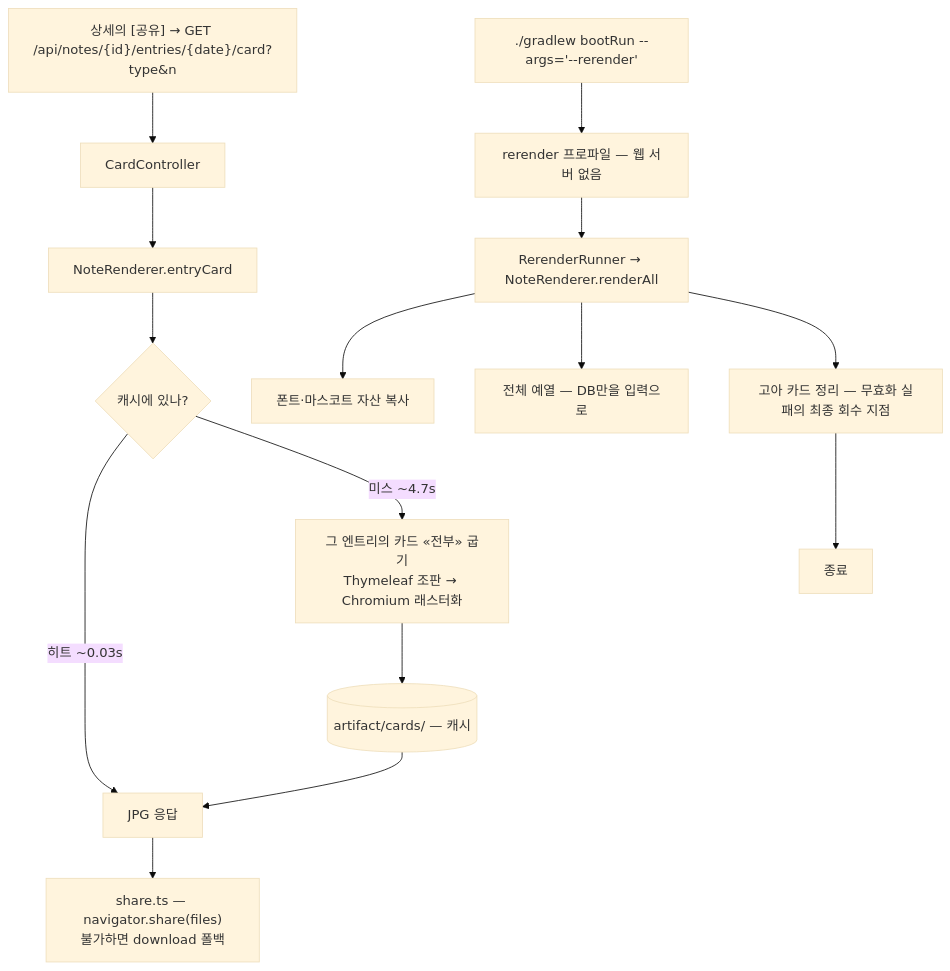
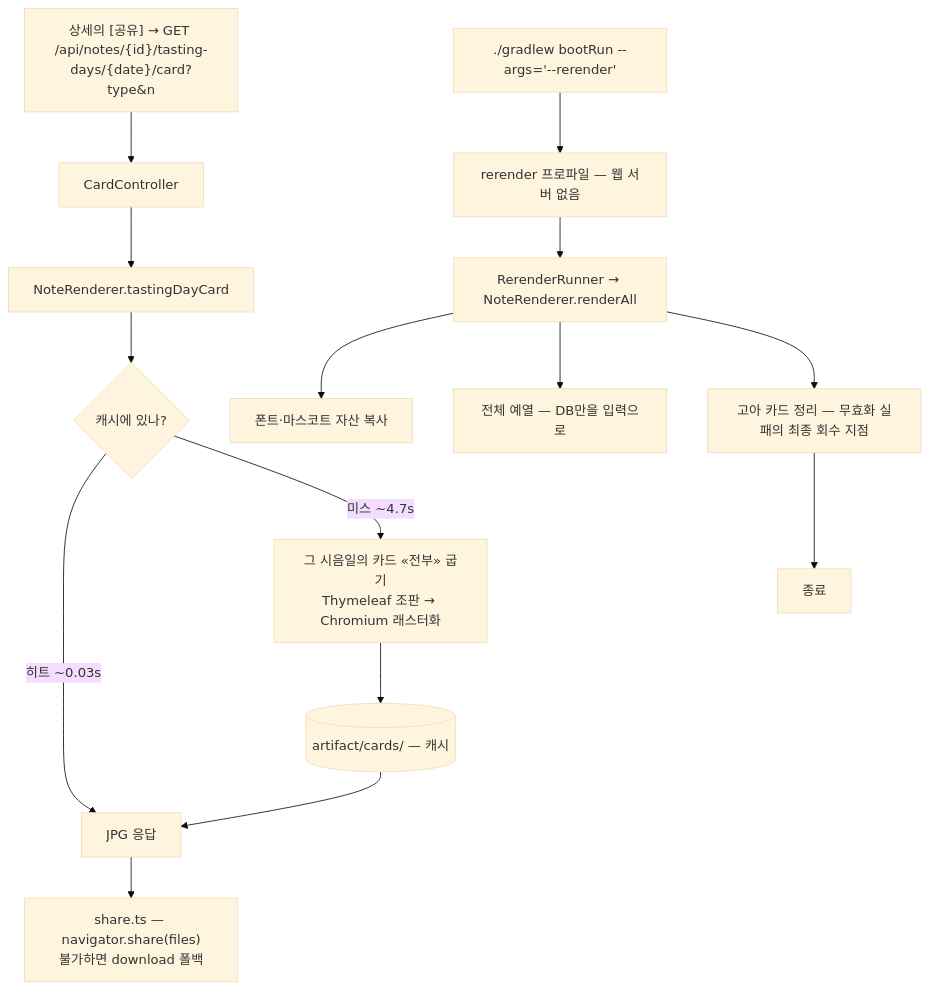
One commit to devwuu/mocha changed the seventh of 9 diagrams in docs/architecture-classes-and-flows.md. Above: the diagram before and after it, drawn with Mermaid (base theme). The commit also changed other lines of this file and 27 other files, not shown here.

````diff
--- a/docs/architecture-classes-and-flows.md
+++ b/docs/architecture-classes-and-flows.md
@@ -537,17 +537,17 @@
 ```mermaid
 flowchart TB
-    A["상세의 [공유] → GET /api/notes/{id}/entries/{date}/card?type&n"] --> B[CardController]
-    B --> C[NoteRenderer.entryCard]
+    A["상세의 [공유] → GET /api/notes/{id}/tasting-days/{date}/card?type&n"] --> B[CardController]
+    B --> C[NoteRenderer.tastingDayCard]
     C --> D{캐시에 있나?}
     D -->|히트 ~0.03s| E[JPG 응답]
-    D -->|미스 ~4.7s| F["그 엔트리의 카드 «전부» 굽기<br/>Thymeleaf 조판 → Chromium 래스터화"]
+    D -->|미스 ~4.7s| F["그 시음일의 카드 «전부» 굽기<br/>Thymeleaf 조판 → Chromium 래스터화"]
     F --> G[(artifact/cards/ — 캐시)] --> E
     E --> H["share.ts — navigator.share(files)<br/>불가하면 download 폴백"]
 
     R["./gradlew bootRun --args='--rerender'"] --> R1[rerender 프로파일 — 웹 서버 없음]
     R1 --> R2[RerenderRunner → NoteRenderer.renderAll]
     R2 --> R3[폰트·마스코트 자산 복사]
     R2 --> R4[전체 예열 — DB만을 입력으로]
     R2 --> R5[고아 카드 정리 — 무효화 실패의 최종 회수 지점]
     R5 --> R6[종료]
 ```
````
